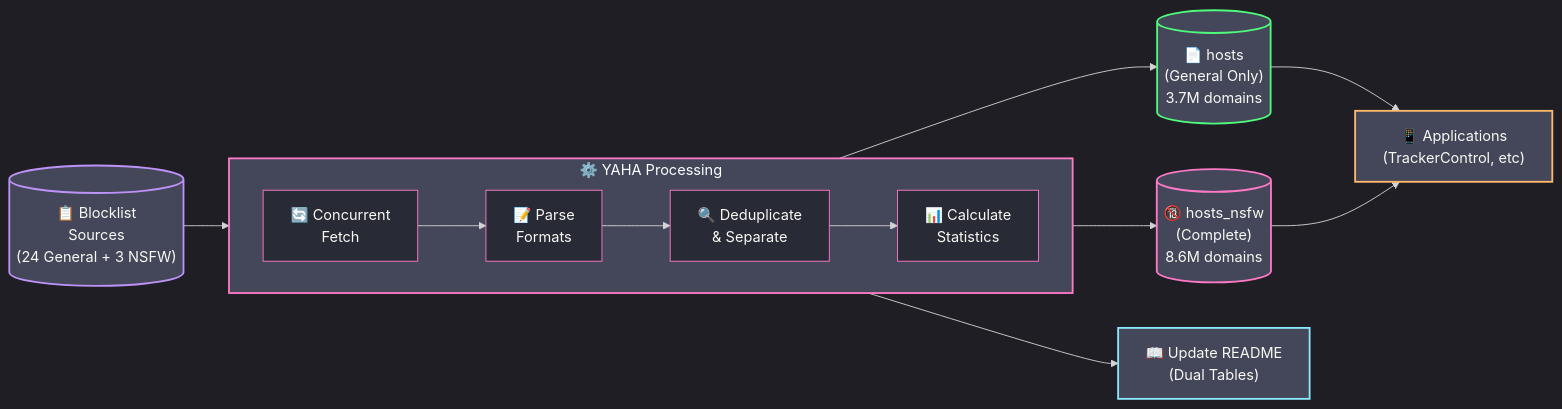
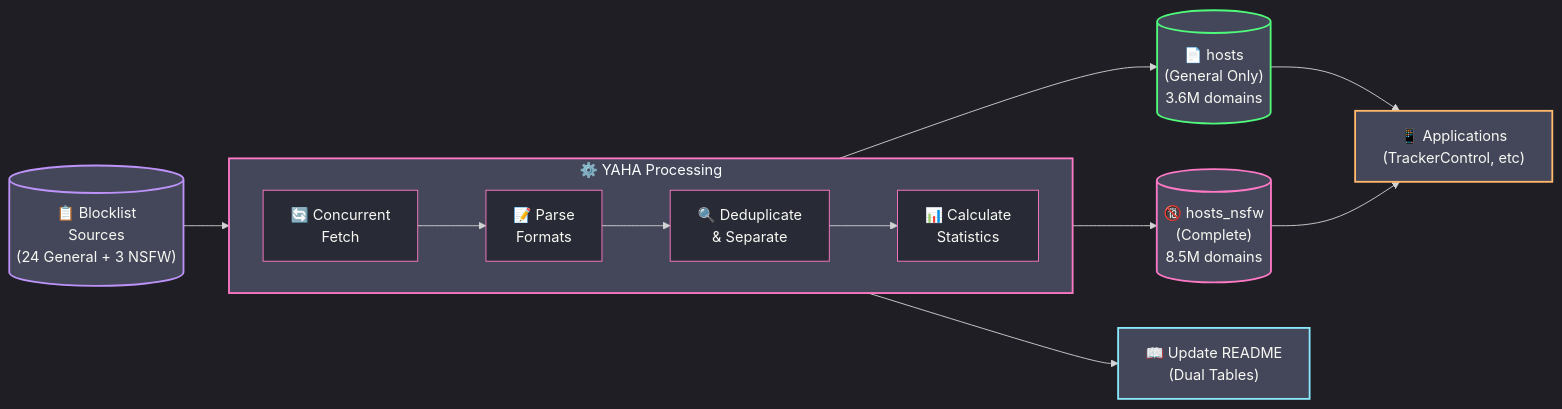
The diagram in README.md (scottdraper8/yaha), drawn with Mermaid before and after one commit. The commit also changed other lines of this file, not shown here.

Commit message:
Update blocklist stats: 3632112 general / 8476118 with NSFW [automated]

````diff
--- a/README.md
+++ b/README.md
@@ -42,35 +42,35 @@
 ```mermaid
 %%{init: {'theme': 'dark', 'themeVariables': {
     'primaryColor': '#ff79c6',
     'secondaryColor': '#bd93f9',
     'tertiaryColor': '#44475a',
     'mainBkg': '#282a36',
     'nodeBorder': '#ff79c6',
     'clusterBkg': '#44475a',
     'clusterBorder': '#bd93f9',
     'textColor': '#f8f8f2'
 }}}%%
 flowchart LR
     Sources[("📋 Blocklist<br/>Sources<br/>(24 General + 3 NSFW)")] --> Fetch
 
     subgraph Process["⚙️ YAHA Processing"]
         direction LR
         Fetch["🔄 Concurrent<br/>Fetch"] --> Parse["📝 Parse<br/>Formats"]
         Parse --> Dedupe["🔍 Deduplicate<br/>& Separate"]
         Dedupe --> Stats["📊 Calculate<br/>Statistics"]
     end
 
-    Stats --> Output1[("📄 hosts<br/>(General Only)<br/>3.7M domains")]
-    Stats --> Output2[("🔞 hosts_nsfw<br/>(Complete)<br/>8.6M domains")]
+    Stats --> Output1[("📄 hosts<br/>(General Only)<br/>3.6M domains")]
+    Stats --> Output2[("🔞 hosts_nsfw<br/>(Complete)<br/>8.5M domains")]
     Stats --> README["📖 Update README<br/>(Dual Tables)"]
 
     Output1 --> Apps["📱 Applications<br/>(TrackerControl, etc)"]
     Output2 --> Apps
 
     style Sources fill:#44475a,stroke:#bd93f9,stroke-width:2px
     style Process fill:#44475a,stroke:#ff79c6,stroke-width:2px
     style Output1 fill:#44475a,stroke:#50fa7b,stroke-width:2px
     style Output2 fill:#44475a,stroke:#ff79c6,stroke-width:2px
     style README fill:#44475a,stroke:#8be9fd,stroke-width:2px
     style Apps fill:#44475a,stroke:#ffb86c,stroke-width:2px
 ```
````
